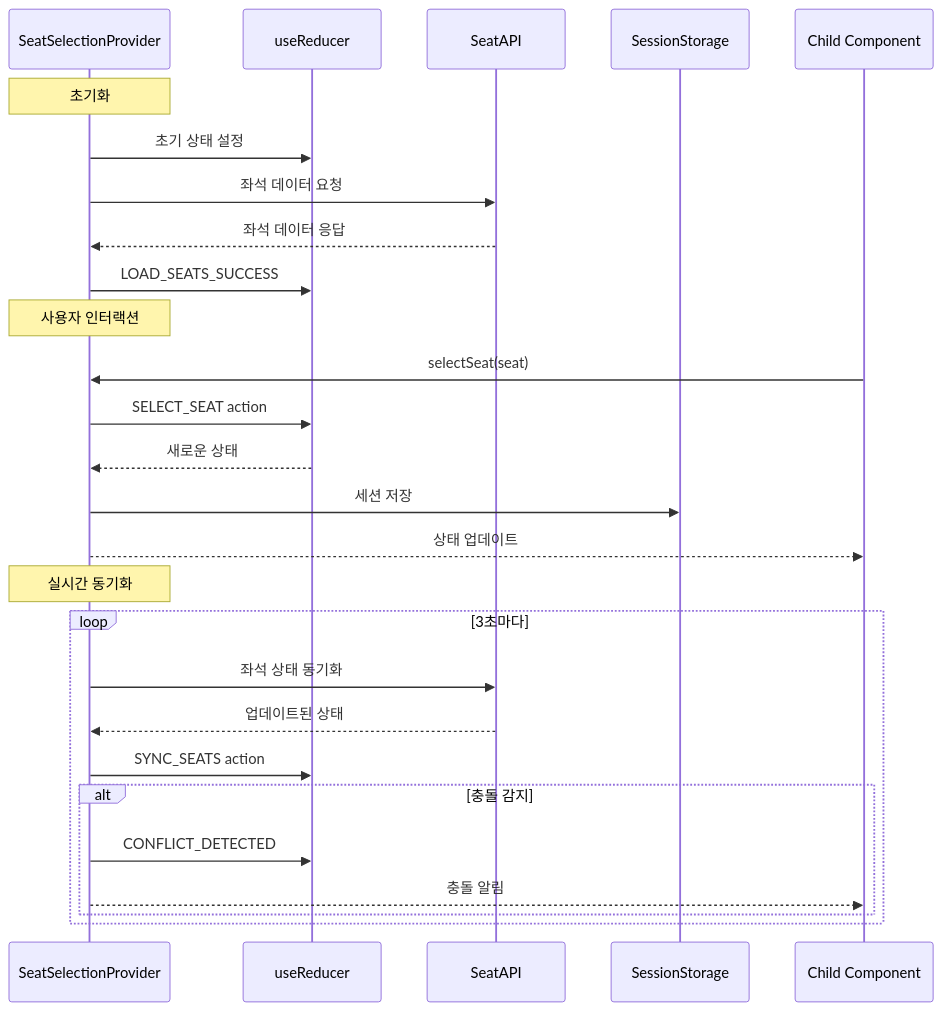
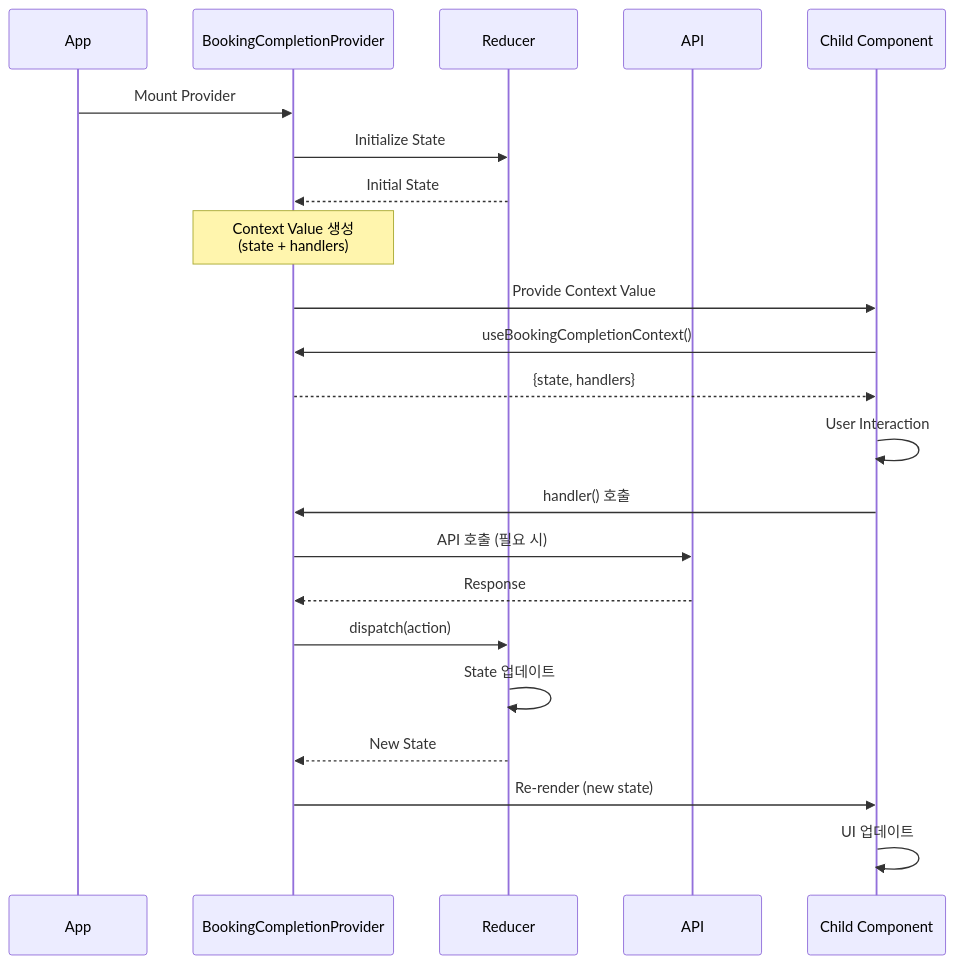
The fifth of 6 diagrams in docs/state-management.md (makerjkk/vmc-3-ticket-booking), drawn with Mermaid before and after one commit. The commit also changed other lines of this file and 33 other files, not shown here.

Commit message:
유저플로우 #5: 예약 페이지 - 예약 완료 처리 완료

````diff
--- a/docs/state-management.md
+++ b/docs/state-management.md
@@ -584,32 +429,29 @@
 ```mermaid
 sequenceDiagram
-    participant Provider as SeatSelectionProvider
-    participant Reducer as useReducer
-    participant API as SeatAPI
-    participant Session as SessionStorage
-    participant Component as Child Component
+    participant App
+    participant Provider as BookingCompletionProvider
+    participant Reducer
+    participant API
+    participant Consumer as Child Component
     
-    Note over Provider: 초기화
-    Provider->>Reducer: 초기 상태 설정
-    Provider->>API: 좌석 데이터 요청
-    API-->>Provider: 좌석 데이터 응답
-    Provider->>Reducer: LOAD_SEATS_SUCCESS
+    App->>Provider: Mount Provider
+    Provider->>Reducer: Initialize State
+    Reducer-->>Provider: Initial State
     
-    Note over Provider: 사용자 인터랙션
-    Component->>Provider: selectSeat(seat)
-    Provider->>Reducer: SELECT_SEAT action
-    Reducer-->>Provider: 새로운 상태
-    Provider->>Session: 세션 저장
-    Provider-->>Component: 상태 업데이트
+    Note over Provider: Context Value 생성<br/>(state + handlers)
     
-    Note over Provider: 실시간 동기화
-    loop 3초마다
-        Provider->>API: 좌석 상태 동기화
-        API-->>Provider: 업데이트된 상태
-        Provider->>Reducer: SYNC_SEATS action
-        alt 충돌 감지
-            Provider->>Reducer: CONFLICT_DETECTED
-            Provider-->>Component: 충돌 알림
-        end
-    end
+    Provider->>Consumer: Provide Context Value
+    
+    Consumer->>Provider: useBookingCompletionContext()
+    Provider-->>Consumer: {state, handlers}
+    
+    Consumer->>Consumer: User Interaction
+    Consumer->>Provider: handler() 호출
+    Provider->>API: API 호출 (필요 시)
+    API-->>Provider: Response
+    Provider->>Reducer: dispatch(action)
+    Reducer->>Reducer: State 업데이트
+    Reducer-->>Provider: New State
+    Provider->>Consumer: Re-render (new state)
+    Consumer->>Consumer: UI 업데이트
 ```
````
